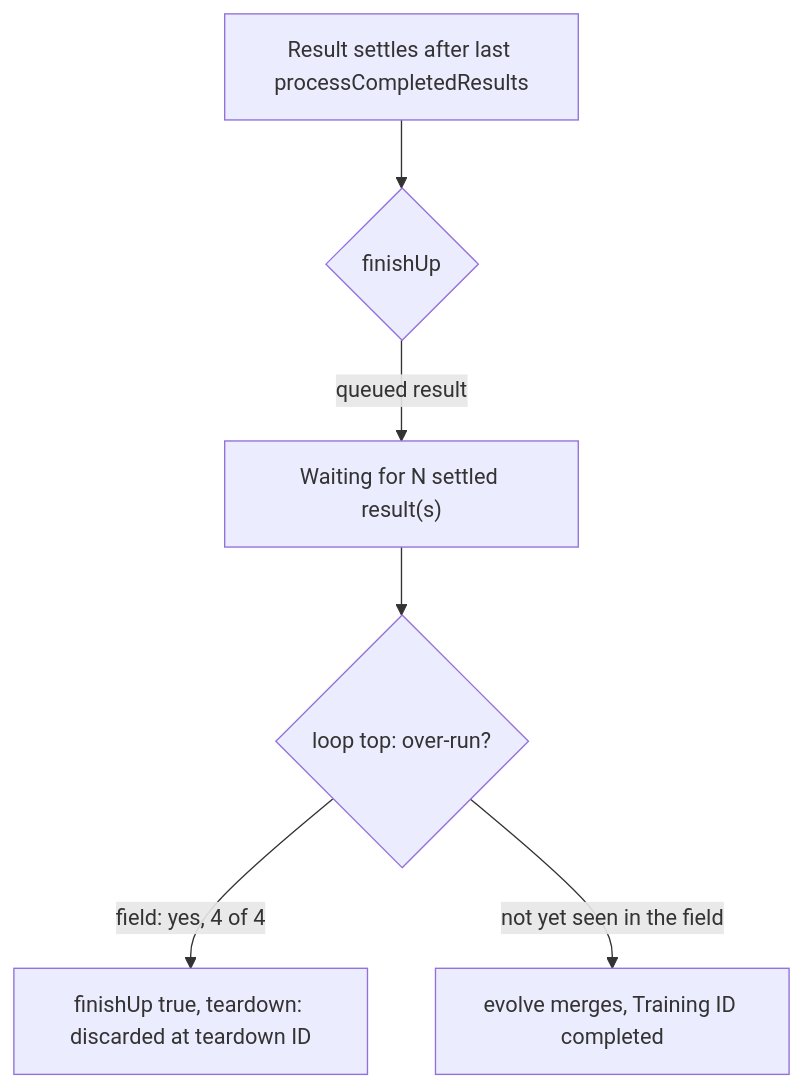
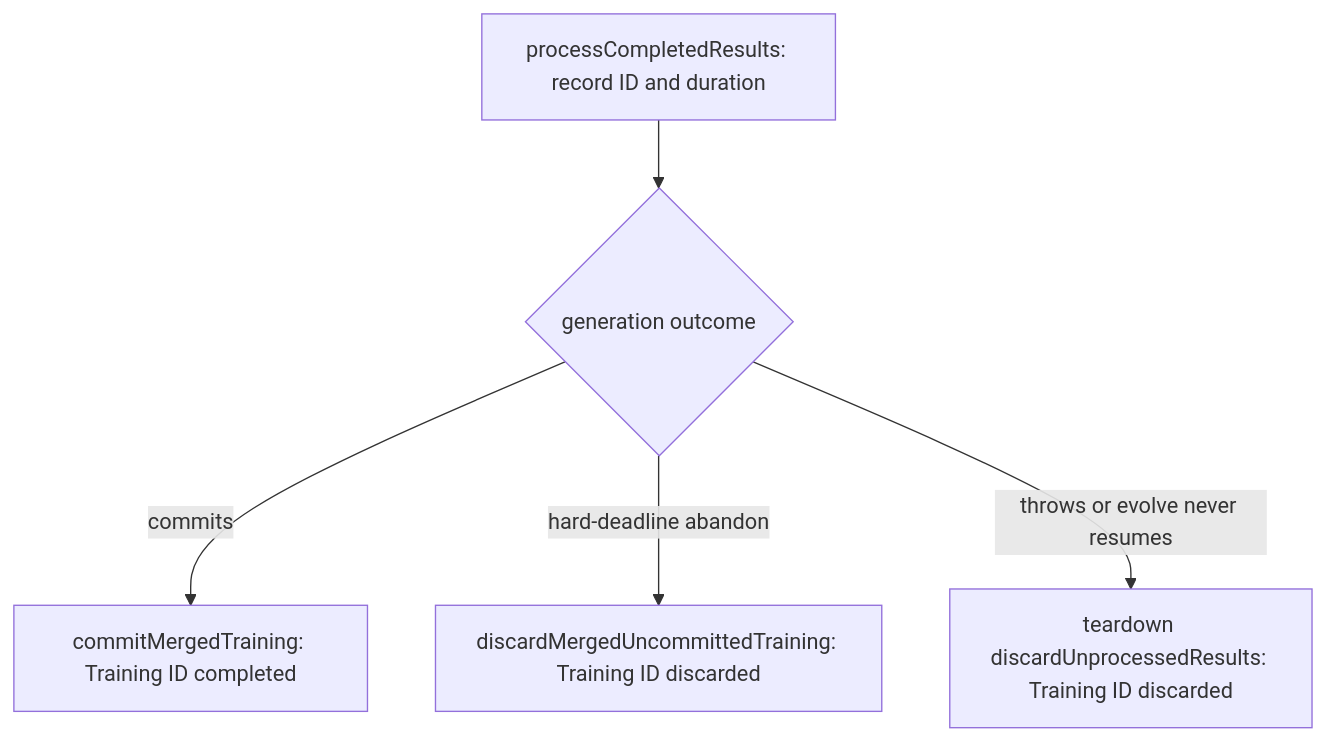
The diagram in docs/archive/pr-summaries/pr-summary-4099.md (stSoftwareAU/NEAT-AI), drawn with Mermaid before and after one commit. The commit also changed other lines of this file and 2 other files, not shown here.

First line of the commit message:
Fix stale test comments and record the PR summary (#4099)

````diff
--- a/docs/archive/pr-summaries/pr-summary-4099.md
+++ b/docs/archive/pr-summaries/pr-summary-4099.md
@@ -120,8 +50,7 @@
 ```mermaid
 flowchart TD
-    A[Result settles after last processCompletedResults] --> B{finishUp}
-    B -- queued result --> C["Waiting for N settled result(s)"]
-    C --> D{loop top: over-run?}
-    D -- field: yes, 4 of 4 --> E["finishUp true, teardown: discarded at teardown ID"]
-    D -- not yet seen in the field --> F[evolve merges, Training ID completed]
+    M["processCompletedResults: record ID and duration"] --> G{generation outcome}
+    G -- commits --> C["commitMergedTraining: Training ID completed"]
+    G -- hard-deadline abandon --> D["discardMergedUncommittedTraining: Training ID discarded"]
+    G -- throws or evolve never resumes --> T["teardown discardUnprocessedResults: Training ID discarded"]
 ```
````
